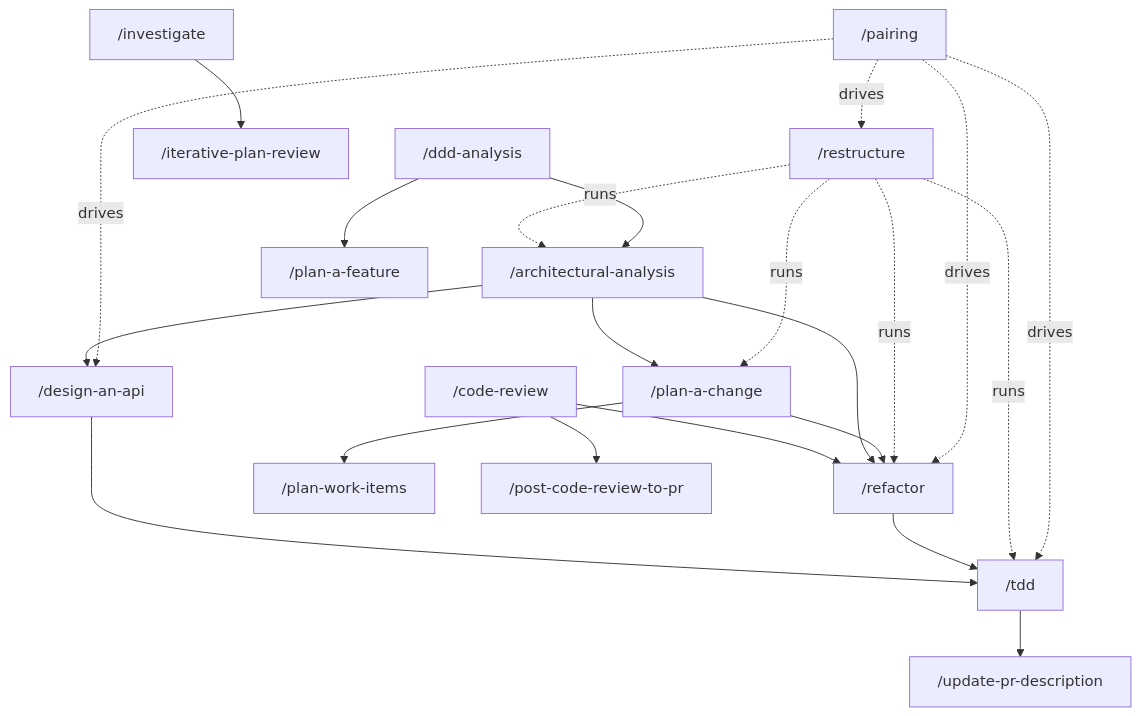
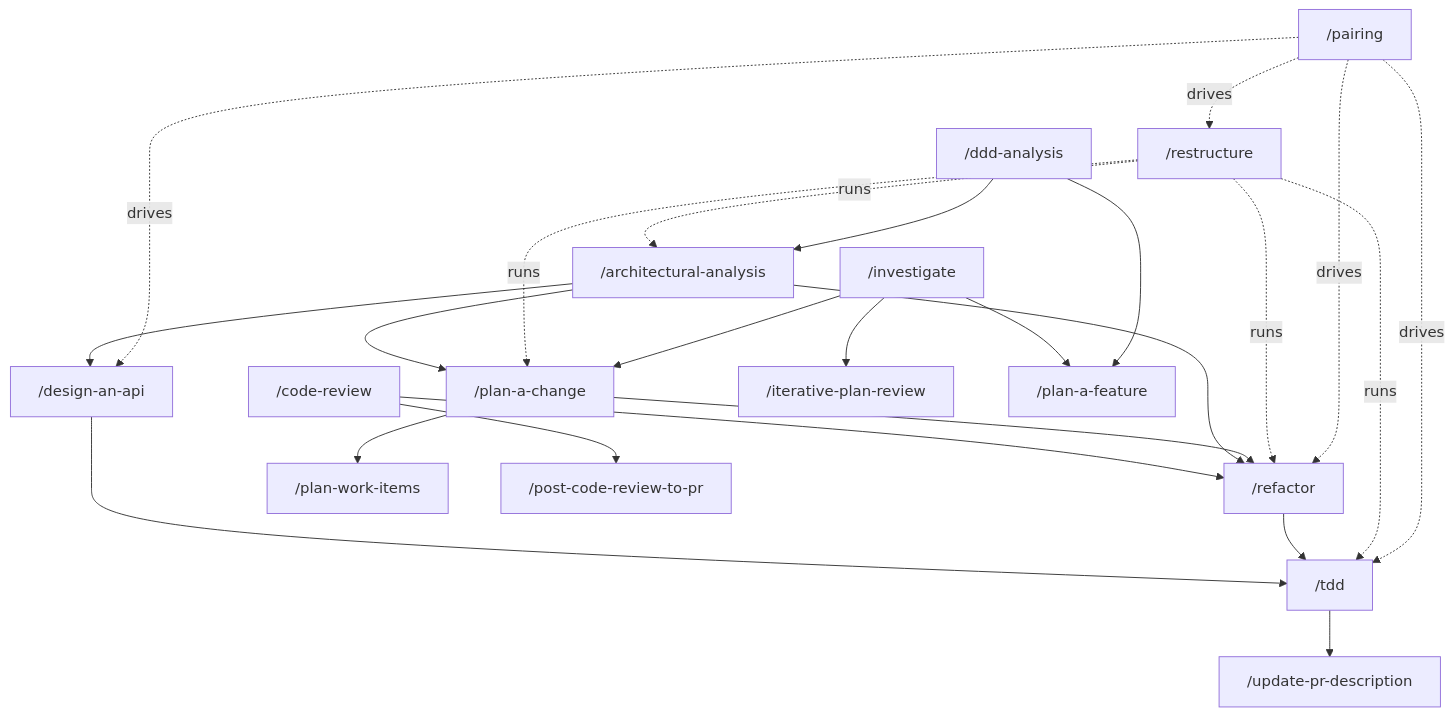
The third of 5 diagrams in docs/workflows.md (testdouble/han), drawn with Mermaid before and after one commit. The commit also changed other lines of this file and 8 other files, not shown here.

````diff
--- a/docs/workflows.md
+++ b/docs/workflows.md
@@ -98,24 +98,26 @@
 ```mermaid
 flowchart TD
     review["/code-review"] --> refactor["/refactor"]
     arch["/architectural-analysis"] --> refactor
     arch --> change["/plan-a-change"]
     change --> items["/plan-work-items"]
     change --> refactor
     arch --> design["/design-an-api"]
     design --> tdd["/tdd"]
     review --> pr["/post-code-review-to-pr"]
     refactor --> tdd
     restructure["/restructure"] -.runs.-> arch
     restructure -.runs.-> change
     restructure -.runs.-> refactor
     restructure -.runs.-> tdd
     tdd --> prdesc["/update-pr-description"]
     investigate["/investigate"] --> iterate["/iterative-plan-review"]
+    investigate --> change
+    investigate --> feature
     ddd["/ddd-analysis"] --> arch
     ddd --> feature["/plan-a-feature"]
     pairing["/pairing"] -.drives.-> refactor
     pairing -.drives.-> tdd
     pairing -.drives.-> design
     pairing -.drives.-> restructure
 ```
````
